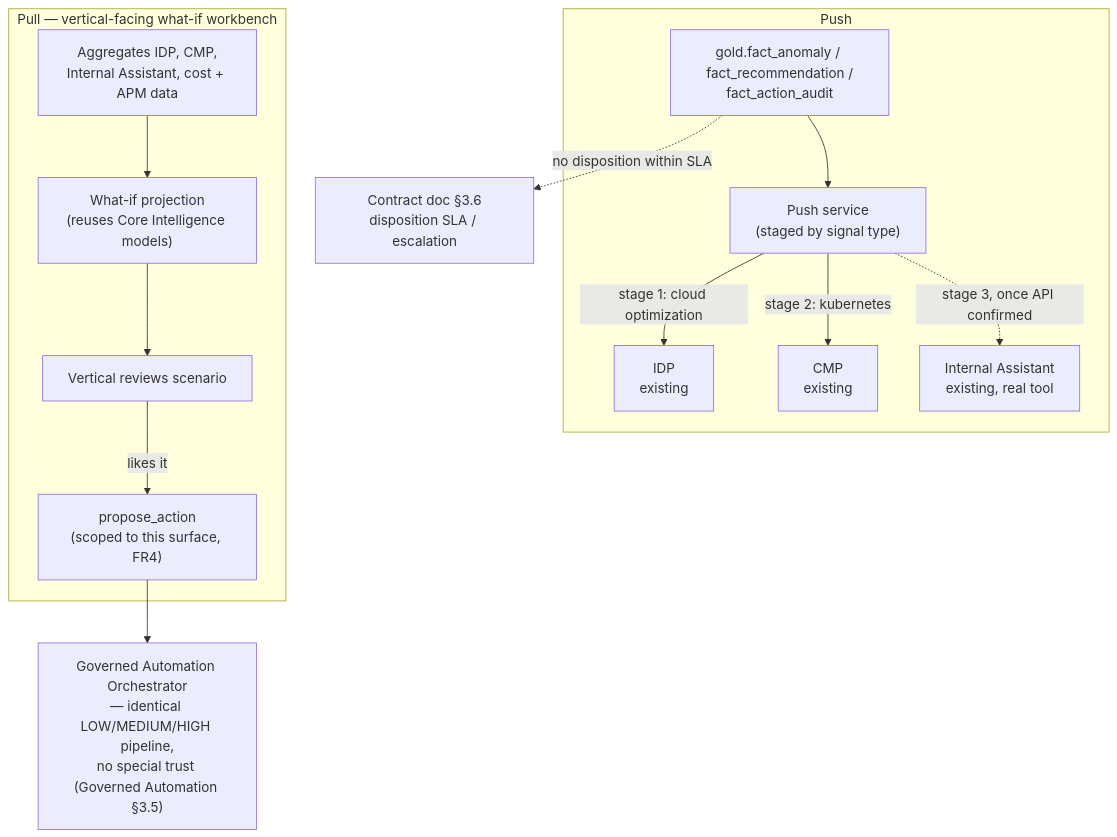
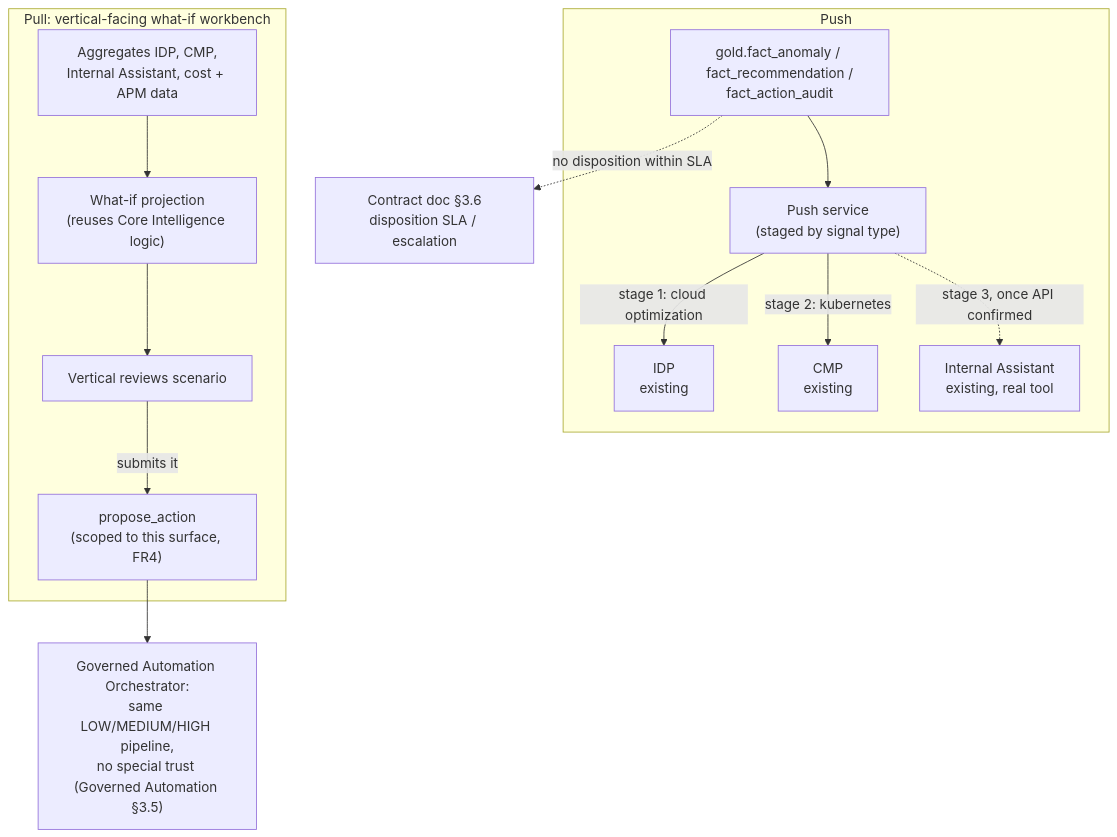
The diagram in docs/Solution_Architecture_Cloud_Workbench_Expansion.md (mbnest/finops-intelligence-platform), drawn with Mermaid before and after one commit. The commit also changed other lines of this file and 15 other files, not shown here.

First line of the commit message:
Revise architecture docs from review: billing data, ML framing, operating model, rollout, testing, and references

````diff
--- a/docs/Solution_Architecture_Cloud_Workbench_Expansion.md
+++ b/docs/Solution_Architecture_Cloud_Workbench_Expansion.md
@@ -54,18 +54,18 @@
 ```mermaid
 flowchart TD
     subgraph PUSH["Push"]
         FACTS["gold.fact_anomaly / fact_recommendation /<br/>fact_action_audit"] --> PSVC["Push service<br/>(staged by signal type)"]
         PSVC -->|stage 1: cloud optimization| IDP["IDP<br/>existing"]
         PSVC -->|stage 2: kubernetes| CMP["CMP<br/>existing"]
         PSVC -.->|stage 3, once API confirmed| CASST["Internal Assistant<br/>existing, real tool"]
     end
 
-    subgraph PULL["Pull — vertical-facing what-if workbench"]
-        AGG["Aggregates IDP, CMP,<br/>Internal Assistant, cost + APM data"] --> WHATIF["What-if projection<br/>(reuses Core Intelligence models)"]
+    subgraph PULL["Pull: vertical-facing what-if workbench"]
+        AGG["Aggregates IDP, CMP,<br/>Internal Assistant, cost + APM data"] --> WHATIF["What-if projection<br/>(reuses Core Intelligence logic)"]
         WHATIF --> REVIEW["Vertical reviews scenario"]
-        REVIEW -->|likes it| PA["propose_action<br/>(scoped to this surface, FR4)"]
+        REVIEW -->|submits it| PA["propose_action<br/>(scoped to this surface, FR4)"]
     end
 
-    PA --> ORCH["Governed Automation Orchestrator<br/>— identical LOW/MEDIUM/HIGH pipeline,<br/>no special trust (Governed Automation §3.5)"]
+    PA --> ORCH["Governed Automation Orchestrator:<br/>same LOW/MEDIUM/HIGH pipeline,<br/>no special trust (Governed Automation §3.5)"]
     FACTS -.->|no disposition within SLA| ESC["Contract doc §3.6<br/>disposition SLA / escalation"]
 ```
````
